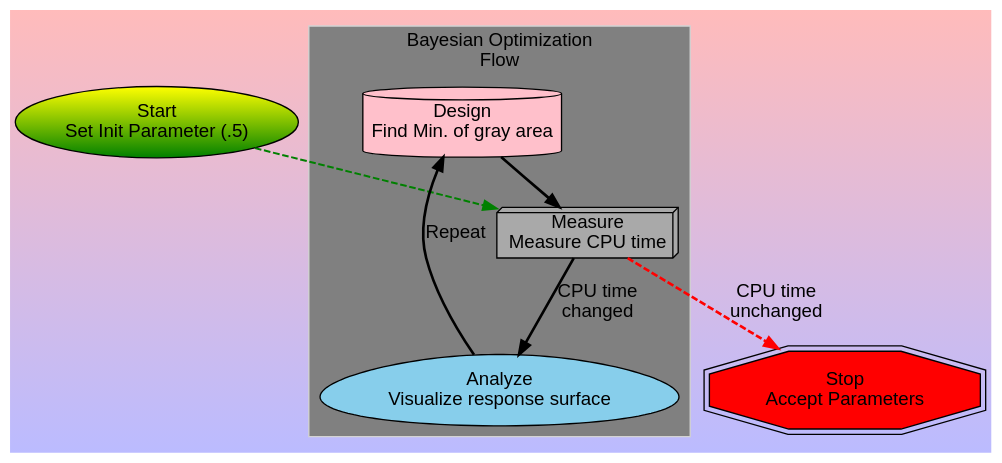
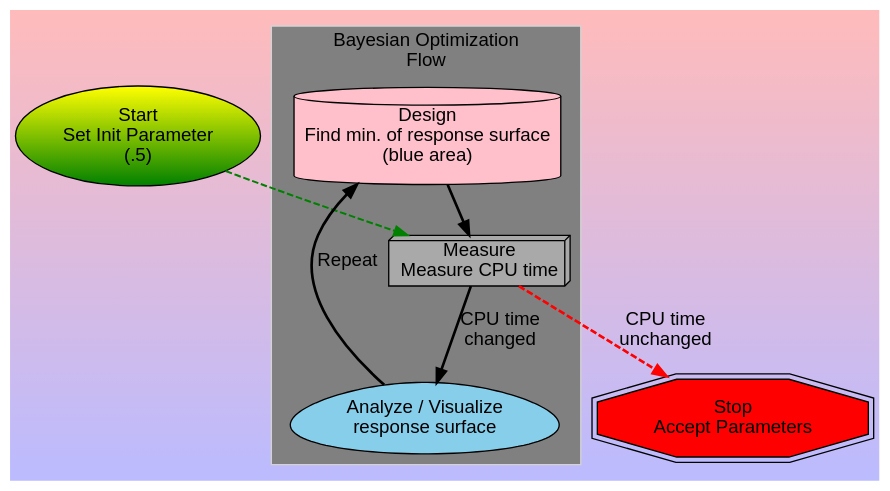
One commit to ejboettcher/BayesianOpt changed the diagram in src/_markdown/BO-softEng.dot. Above: the diagram before and after it, drawn with Graphviz. The commit also changed 6 other files, not shown here.

```diff
--- a/src/_markdown/BO-softEng.dot
+++ b/src/_markdown/BO-softEng.dot
@@ -1,28 +1,28 @@
 digraph G {bgcolor="#0000FF44:#FF000044" gradientangle=90
 	fontname="Helvetica,Arial,sans-serif"
 	node [fontname="Helvetica,Arial,sans-serif", style=filled]
 	edge [fontname="Helvetica,Arial,sans-serif", penwidth=2]
-    init [fillcolor="yellow:green" gradientangle=270 label="Start\nSet Init Parameter (.5)"]
+    init [fillcolor="yellow:green" gradientangle=270 label="Start\nSet Init Parameter \n(.5)"]
     final [label="Stop\nAccept Parameters" fillcolor="red" shape="doubleoctagon"]
-    design [label="Design \nFind Min. of gray area", shape=cylinder fillcolor="pink"]
+    design [label="Design \nFind min. of response surface \n(blue area)", shape=cylinder fillcolor="pink"]
     measure [label="Measure \n Measure CPU time", shape=box3d, fillcolor="darkgray"]
-    analyze [label="Analyze\nVisualize response surface", shape=egg, fillcolor="skyblue"]
+    analyze [label="Analyze / Visualize \n response surface", shape=egg, fillcolor="skyblue"]
 
 
 	subgraph cluster_0 {
 		style=filled;
 		color=lightgrey;
 		fillcolor="gray";
 		gradientangle=0
 		label = "Bayesian Optimization \nFlow";
         design -> measure
         measure ->analyze[label="CPU time\nchanged"]
 	}
 
     init->measure[label="",style="dashed", penwidth=1.5 color="green"]
     measure->final[label="CPU time\nunchanged", color="red", style=dashed]
     analyze->design[label="Repeat" penwidth=2]
 
  
 
 }
```
